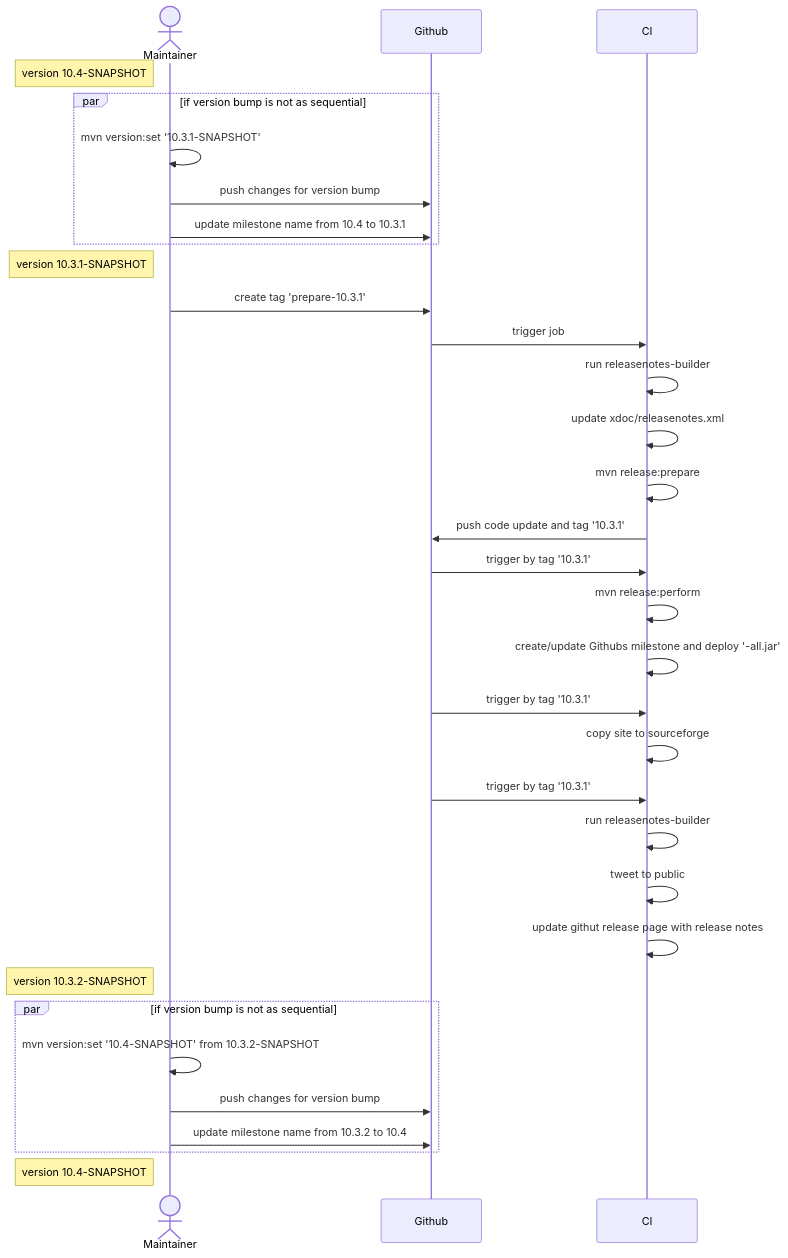
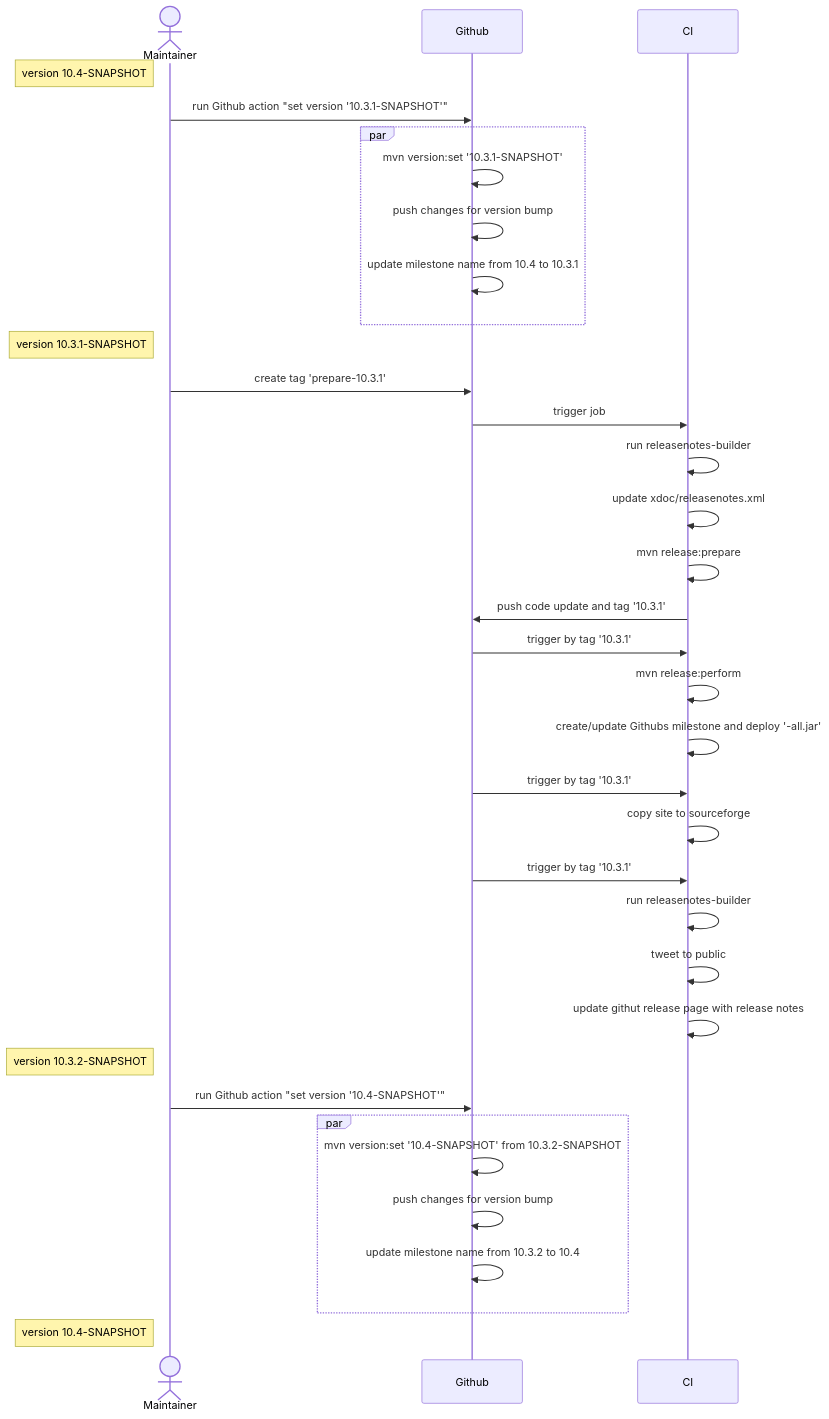
One commit to checkstyle/contribution changed the diagram in releasenotes-builder/diagrams.md. Above: the diagram before and after it, drawn with Mermaid.

Commit message:
doc: sequence diag - move bump to action

````diff
--- a/releasenotes-builder/diagrams.md
+++ b/releasenotes-builder/diagrams.md
@@ -5,39 +5,43 @@
 ```mermaid
 sequenceDiagram
     actor Maintainer
     participant Github
     participant CI
+    
     Note left of Maintainer: version 10.4-SNAPSHOT
-    par if version bump is not as sequential
-        Maintainer->>Maintainer: mvn version:set '10.3.1-SNAPSHOT'
-        Maintainer->>Github: push changes for version bump
-        Maintainer->>Github: update milestone name from 10.4 to 10.3.1
+    Maintainer->>Github: run Github action "set version '10.3.1-SNAPSHOT'"
+    par
+        Github->>Github: mvn version:set '10.3.1-SNAPSHOT'
+        Github->>Github: push changes for version bump
+        Github->>Github: update milestone name from 10.4 to 10.3.1
     end
+    
     Note left of Maintainer: version 10.3.1-SNAPSHOT
     Maintainer->>Github: create tag 'prepare-10.3.1'
     Github->>CI: trigger job
     CI->>CI: run releasenotes-builder
     CI->>CI: update xdoc/releasenotes.xml
     CI->>CI: mvn release:prepare
     CI->>Github: push code update and tag '10.3.1'
 
     Github->>CI: trigger by tag '10.3.1'
     CI->>CI: mvn release:perform
     CI->>CI: create/update Githubs milestone and deploy '-all.jar'
     
     Github->>CI: trigger by tag '10.3.1'
     CI->>CI: copy site to sourceforge
 
     Github->>CI: trigger by tag '10.3.1'
     CI->>CI: run releasenotes-builder
     CI->>CI: tweet to public
     CI->>CI: update githut release page with release notes
 
     Note left of Maintainer: version 10.3.2-SNAPSHOT
-    par if version bump is not as sequential
-        Maintainer->>Maintainer: mvn version:set '10.4-SNAPSHOT' from 10.3.2-SNAPSHOT
-        Maintainer->>Github: push changes for version bump
-        Maintainer->>Github: update milestone name from 10.3.2 to 10.4
+    Maintainer->>Github: run Github action "set version '10.4-SNAPSHOT'"
+    par
+        Github->>Github: mvn version:set '10.4-SNAPSHOT' from 10.3.2-SNAPSHOT
+        Github->>Github: push changes for version bump
+        Github->>Github: update milestone name from 10.3.2 to 10.4
     end
     Note left of Maintainer: version 10.4-SNAPSHOT
 ```
````
